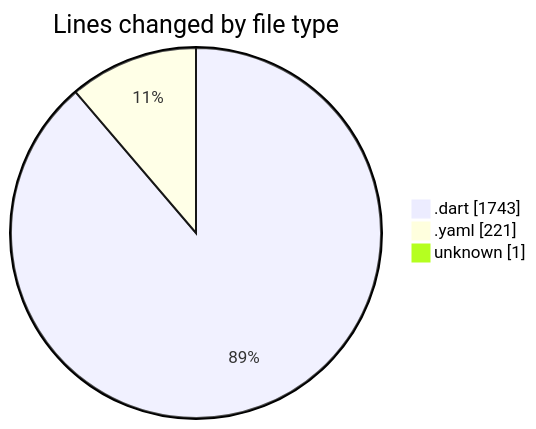
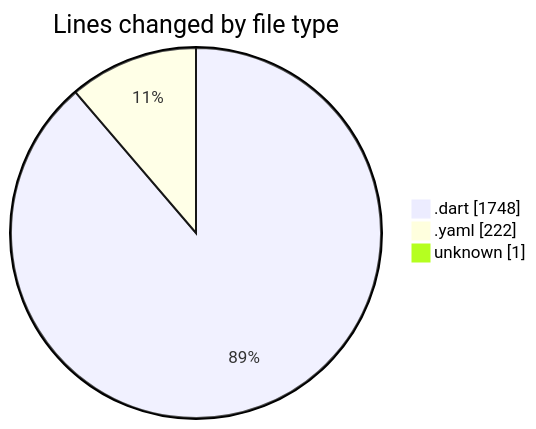
The first of 2 diagrams in 2025-03-08/uber_clone/README.md (donsfak/code-tracking), drawn with Mermaid before and after one commit. The commit also changed other lines of this file and 1 other file, not shown here.

````diff
--- a/2025-03-08/uber_clone/README.md
+++ b/2025-03-08/uber_clone/README.md
@@ -24,7 +24,7 @@
 ```mermaid
 pie showData
 title Lines changed by file type
-".dart" : 1743
-".yaml" : 221
+".dart" : 1748
+".yaml" : 222
 "unknown" : 1
 ```
````
